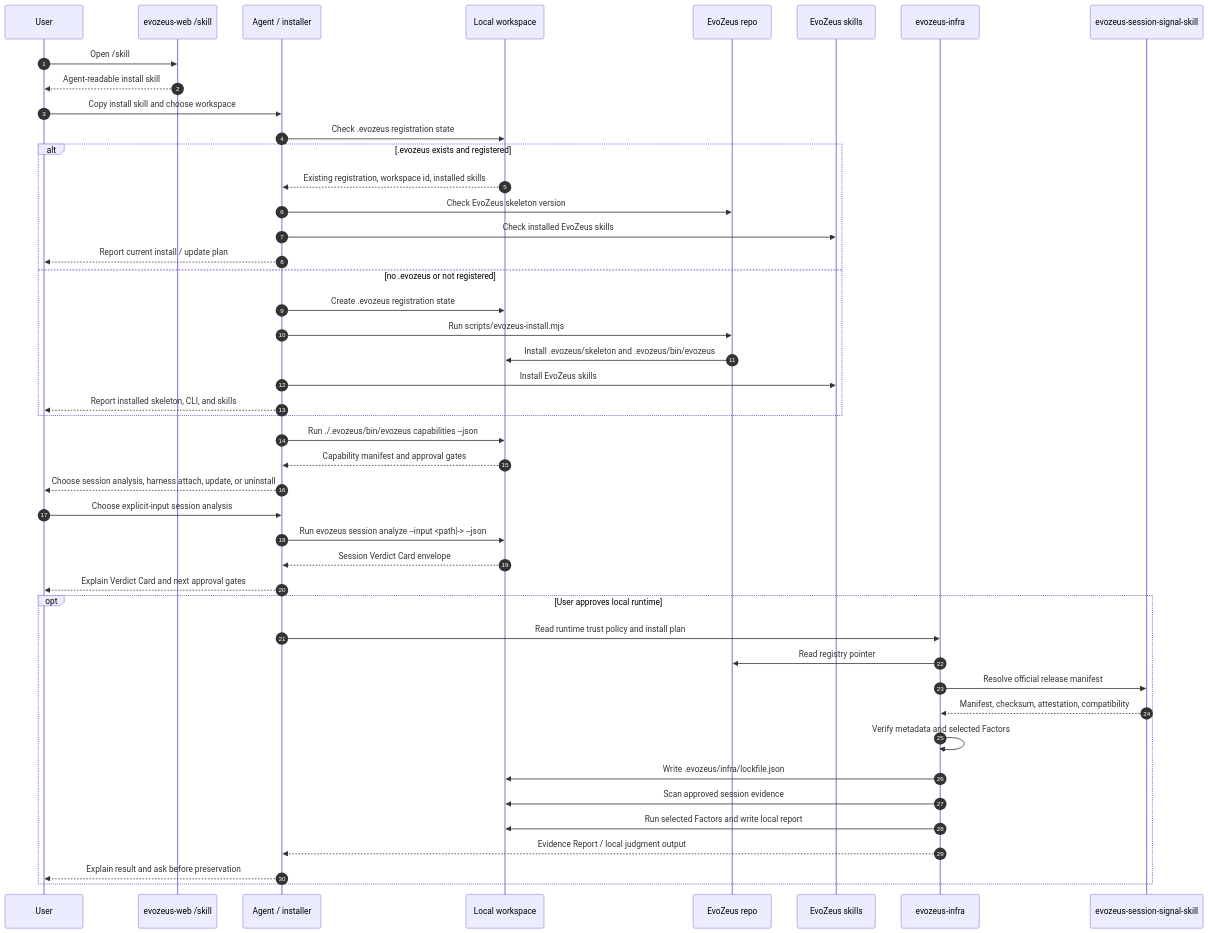
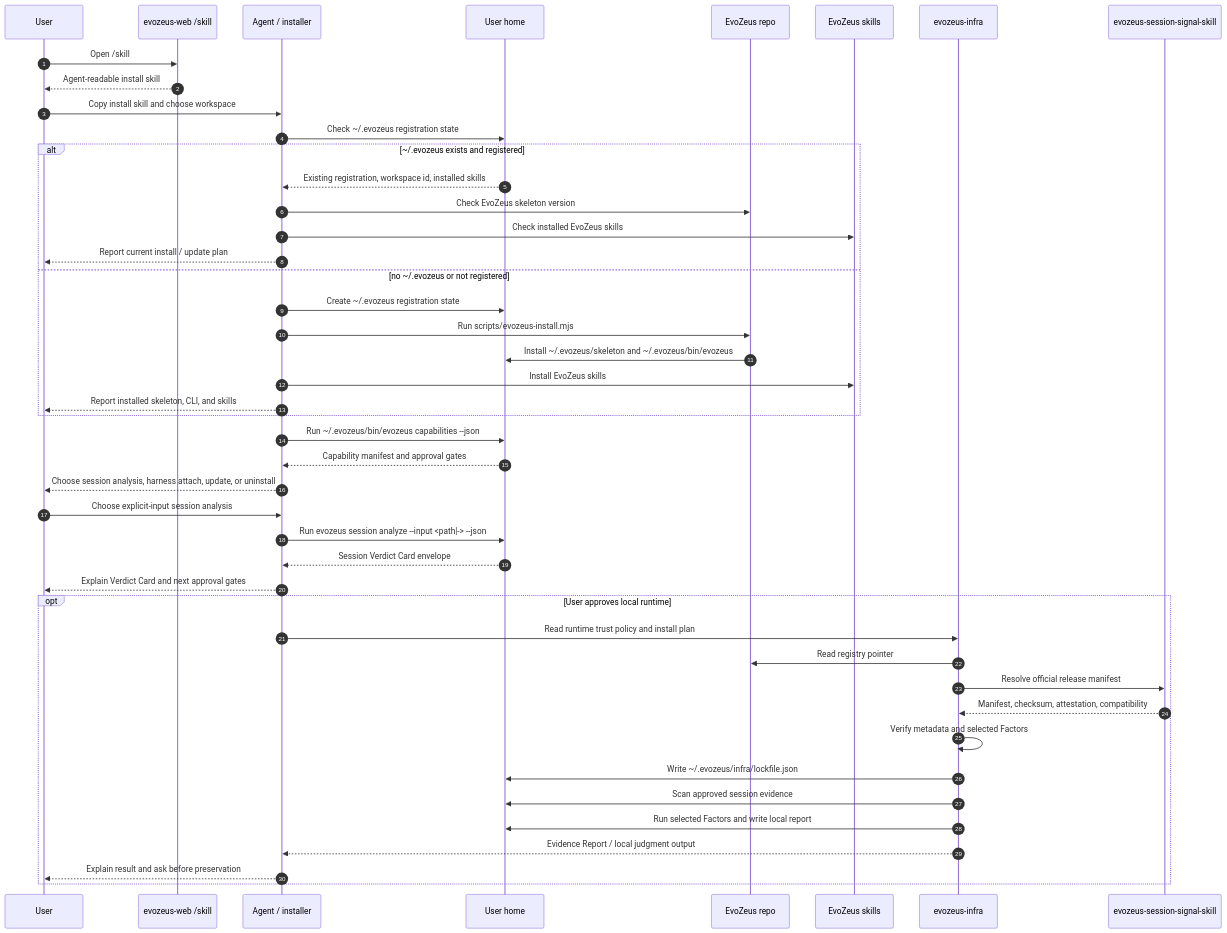
Before and after one commit to MetaInFLow/EvoZeus: the diagram in README.md, drawn with Mermaid. The commit also changed other lines of this file and 14 other files, not shown here.

Commit message:
fix: install evozeus under user home

````diff
--- a/README.md
+++ b/README.md
@@ -47,51 +47,51 @@
 ```mermaid
 sequenceDiagram
   autonumber
   participant User
   participant Community as evozeus-web /skill
   participant Installer as Agent / installer
-  participant Local as Local workspace
+  participant Local as User home
   participant Main as EvoZeus repo
   participant Skills as EvoZeus skills
   participant Runtime as evozeus-infra
   participant Official as evozeus-session-signal-skill
 
   User->>Community: Open /skill
   Community-->>User: Agent-readable install skill
   User->>Installer: Copy install skill and choose workspace
-  Installer->>Local: Check .evozeus registration state
+  Installer->>Local: Check ~/.evozeus registration state
 
-  alt .evozeus exists and registered
+  alt ~/.evozeus exists and registered
     Local-->>Installer: Existing registration, workspace id, installed skills
     Installer->>Main: Check EvoZeus skeleton version
     Installer->>Skills: Check installed EvoZeus skills
     Installer-->>User: Report current install / update plan
-  else no .evozeus or not registered
-    Installer->>Local: Create .evozeus registration state
+  else no ~/.evozeus or not registered
+    Installer->>Local: Create ~/.evozeus registration state
     Installer->>Main: Run scripts/evozeus-install.mjs
-    Main->>Local: Install .evozeus/skeleton and .evozeus/bin/evozeus
+    Main->>Local: Install ~/.evozeus/skeleton and ~/.evozeus/bin/evozeus
     Installer->>Skills: Install EvoZeus skills
     Installer-->>User: Report installed skeleton, CLI, and skills
   end
 
-  Installer->>Local: Run ./.evozeus/bin/evozeus capabilities --json
+  Installer->>Local: Run ~/.evozeus/bin/evozeus capabilities --json
   Local-->>Installer: Capability manifest and approval gates
   Installer-->>User: Choose session analysis, harness attach, update, or uninstall
   User->>Installer: Choose explicit-input session analysis
   Installer->>Local: Run evozeus session analyze --input <path|-> --json
   Local-->>Installer: Session Verdict Card envelope
   Installer-->>User: Explain Verdict Card and next approval gates
 
   opt User approves local runtime
     Installer->>Runtime: Read runtime trust policy and install plan
     Runtime->>Main: Read registry pointer
     Runtime->>Official: Resolve official release manifest
     Official-->>Runtime: Manifest, checksum, attestation, compatibility
     Runtime->>Runtime: Verify metadata and selected Factors
-    Runtime->>Local: Write .evozeus/infra/lockfile.json
+    Runtime->>Local: Write ~/.evozeus/infra/lockfile.json
     Runtime->>Local: Scan approved session evidence
     Runtime->>Local: Run selected Factors and write local report
     Runtime-->>Installer: Evidence Report / local judgment output
     Installer-->>User: Explain result and ask before preservation
   end
 ```
````
